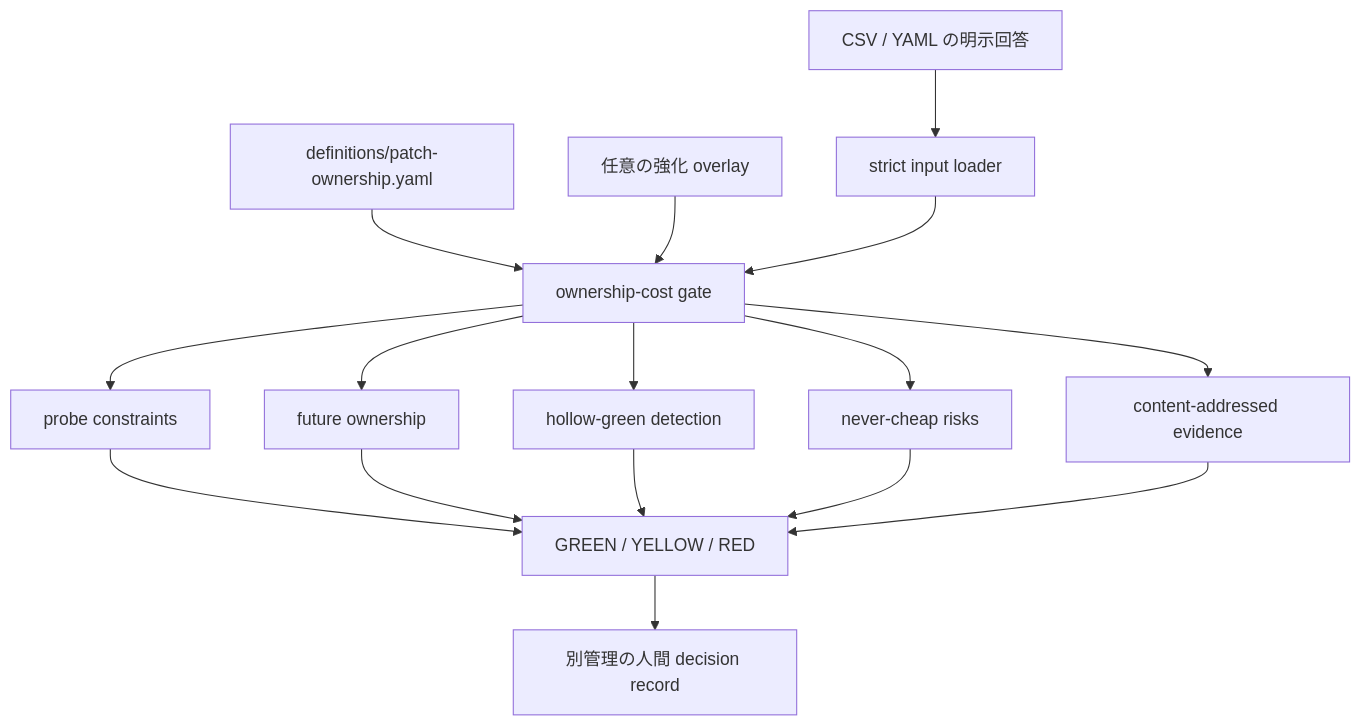
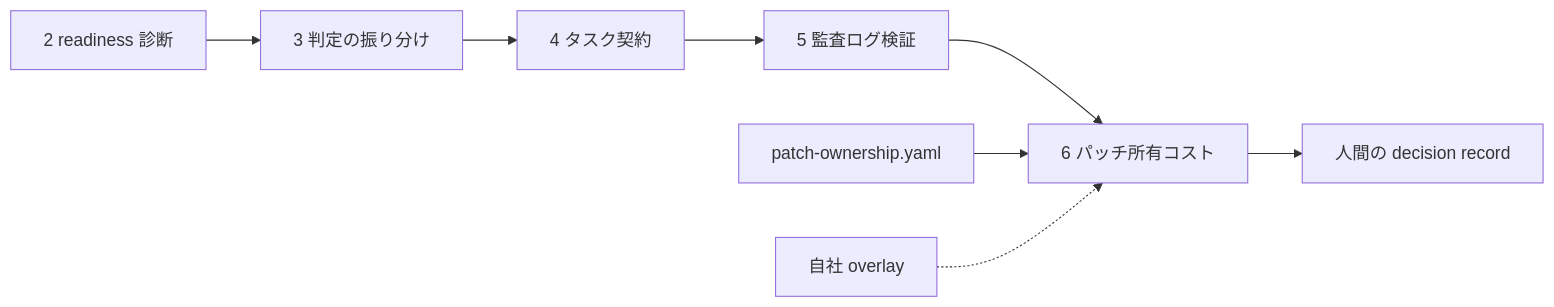
One commit to suwa-sh/ai-delegation-readiness changed the first of 2 diagrams in docs/11_patch_ownership_gate.md. Above: the diagram before and after it, drawn with Mermaid. The commit also changed other lines of this file and 18 other files, not shown here.

Commit message:
docs: align patch ownership guide and samples

````diff
--- a/docs/11_patch_ownership_gate.md
+++ b/docs/11_patch_ownership_gate.md
@@ -46,18 +181,10 @@
 ```mermaid
-flowchart TB
-    input["CSV / YAML の明示回答"] --> loader["strict input loader"]
-    definition["definitions/patch-ownership.yaml"] --> engine["ownership-cost gate"]
-    overlay["任意の強化 overlay"] --> engine
-    loader --> engine
-    engine --> probe["probe constraints"]
-    engine --> owner["future ownership"]
-    engine --> hollow["hollow-green detection"]
-    engine --> risk["never-cheap risks"]
-    engine --> evidence["content-addressed evidence"]
-    probe --> verdict["GREEN / YELLOW / RED"]
-    owner --> verdict
-    hollow --> verdict
-    risk --> verdict
-    evidence --> verdict
-    verdict --> decision["別管理の人間 decision record"]
+flowchart LR
+    readiness["2 readiness 診断"] --> matrix["3 判定の振り分け"]
+    matrix --> contract["4 タスク契約"]
+    contract --> audit["5 監査ログ検証"]
+    audit --> patchGate["6 パッチ所有コスト"]
+    definition["patch-ownership.yaml"] --> patchGate
+    overlay["自社 overlay"] -.-> patchGate
+    patchGate --> decision["人間の decision record"]
 ```
````
